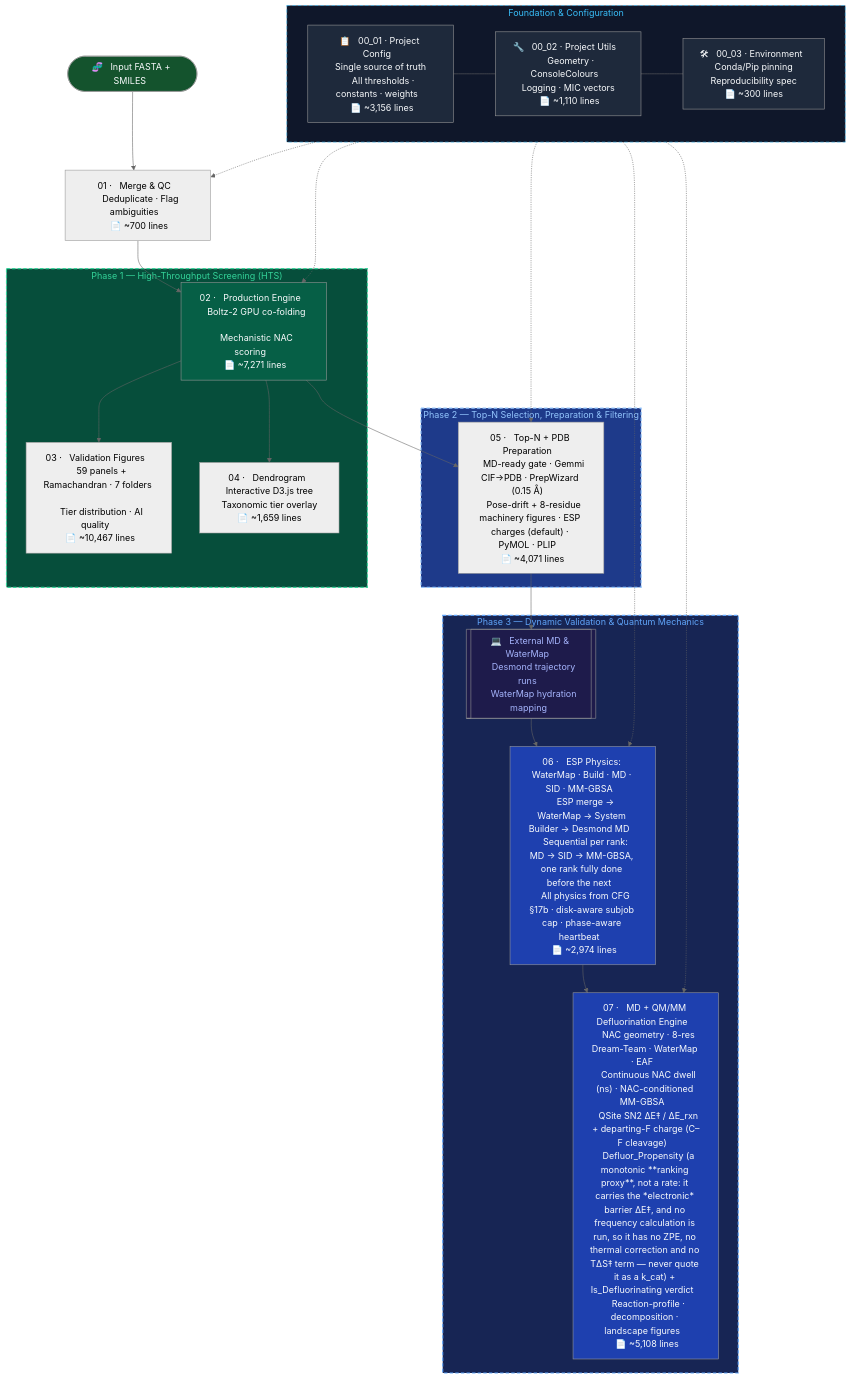
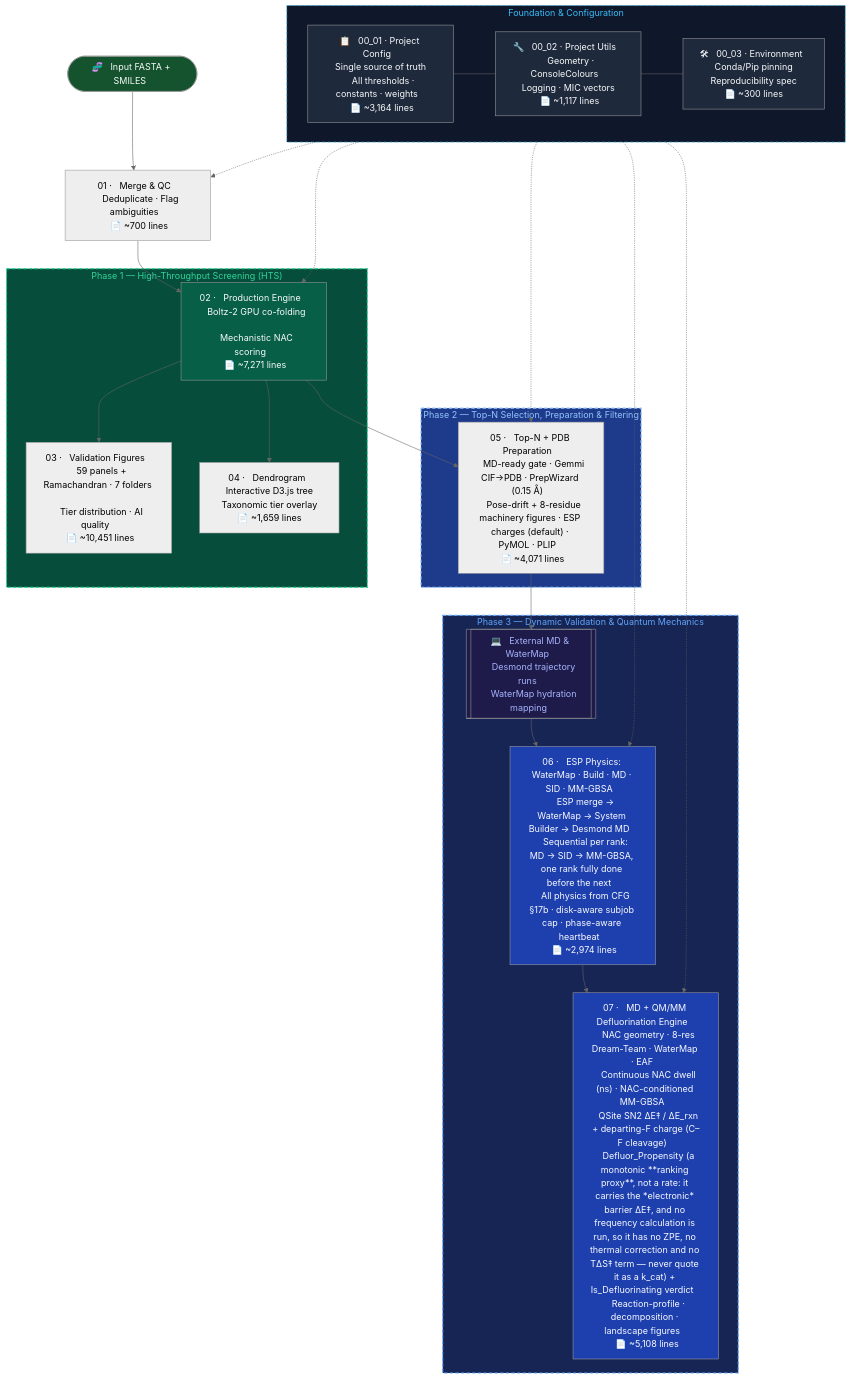
One commit to KU-MGB/DeFluorX changed the diagram in README.md. Above: the diagram before and after it, drawn with Mermaid (neutral theme).

Commit message:
docs: refresh Mermaid LOC after the legend-SSOT strip (00_01 3,164 · 00_02 1,117 · 03 10,451)

````diff
--- a/README.md
+++ b/README.md
@@ -190,56 +190,56 @@
 ```mermaid
 flowchart TD
     subgraph FOUNDATION["  Foundation & Configuration  "]
-        CFG["📋 &nbsp; 00_01 · Project Config &nbsp; \n &nbsp; Single source of truth &nbsp; \n &nbsp; All thresholds · constants · weights &nbsp; \n &nbsp; 📄 ~3,156 lines &nbsp; "]
-        UTL["🔧 &nbsp; 00_02 · Project Utils &nbsp; \n &nbsp; Geometry · ConsoleColours &nbsp; \n &nbsp; Logging · MIC vectors &nbsp; \n &nbsp; 📄 ~1,110 lines &nbsp; "]
+        CFG["📋 &nbsp; 00_01 · Project Config &nbsp; \n &nbsp; Single source of truth &nbsp; \n &nbsp; All thresholds · constants · weights &nbsp; \n &nbsp; 📄 ~3,164 lines &nbsp; "]
+        UTL["🔧 &nbsp; 00_02 · Project Utils &nbsp; \n &nbsp; Geometry · ConsoleColours &nbsp; \n &nbsp; Logging · MIC vectors &nbsp; \n &nbsp; 📄 ~1,117 lines &nbsp; "]
         ENV["🛠 &nbsp; 00_03 · Environment &nbsp; \n &nbsp; Conda/Pip pinning &nbsp; \n &nbsp; Reproducibility spec &nbsp; \n &nbsp; 📄 ~300 lines &nbsp; "]
         CFG --- UTL --- ENV
     end
 
     START(["🧬 &nbsp; Input FASTA + SMILES &nbsp;"]) --> M1
     M1["01 · &nbsp; Merge & QC &nbsp; \n &nbsp; Deduplicate · Flag ambiguities &nbsp; \n &nbsp; 📄 ~700 lines &nbsp; "] --> M2
 
     subgraph PHASE1["  Phase 1 — High-Throughput Screening (HTS)  "]
         M2["02 · &nbsp; Production Engine &nbsp; \n &nbsp; Boltz-2 GPU co-folding &nbsp; \n &nbsp; Mechanistic NAC scoring &nbsp; \n &nbsp; 📄 ~7,271 lines &nbsp; "]
-        M3["03 · &nbsp; Validation Figures &nbsp; \n &nbsp; 59 panels + Ramachandran · 7 folders &nbsp; \n &nbsp; Tier distribution · AI quality &nbsp; \n &nbsp; 📄 ~10,467 lines &nbsp; "]
+        M3["03 · &nbsp; Validation Figures &nbsp; \n &nbsp; 59 panels + Ramachandran · 7 folders &nbsp; \n &nbsp; Tier distribution · AI quality &nbsp; \n &nbsp; 📄 ~10,451 lines &nbsp; "]
         M4["04 · &nbsp; Dendrogram &nbsp; \n &nbsp; Interactive D3.js tree &nbsp; \n &nbsp; Taxonomic tier overlay &nbsp; \n &nbsp; 📄 ~1,659 lines &nbsp; "]
         M2 --> M3
         M2 --> M4
     end
 
     M2 --> M5
 
     subgraph PHASE2["  Phase 2 — Top-N Selection, Preparation & Filtering  "]
         M5["05 · &nbsp; Top-N + PDB Preparation &nbsp; \n &nbsp; MD-ready gate · Gemmi CIF→PDB · PrepWizard (0.15 Å) &nbsp; \n &nbsp; Pose-drift + 8-residue machinery figures · ESP charges (default) · PyMOL · PLIP &nbsp; \n &nbsp; 📄 ~4,071 lines &nbsp; "]
     end
 
     M5 --> EXT_MD
 
     subgraph PHASE3["  Phase 3 — Dynamic Validation & Quantum Mechanics  "]
         EXT_MD[["💻 &nbsp; External MD & WaterMap &nbsp; \n &nbsp; Desmond trajectory runs &nbsp; \n &nbsp; WaterMap hydration mapping &nbsp;"]]
         M6["06 · &nbsp; ESP Physics: WaterMap · Build · MD · SID · MM-GBSA &nbsp; \n &nbsp; ESP merge → WaterMap → System Builder → Desmond MD &nbsp; \n &nbsp; Sequential per rank: MD → SID → MM-GBSA, one rank fully done before the next &nbsp; \n &nbsp; All physics from CFG §17b · disk-aware subjob cap · phase-aware heartbeat &nbsp; \n &nbsp; 📄 ~2,974 lines &nbsp; "]
         M7["07 · &nbsp; MD + QM/MM Defluorination Engine &nbsp; \n &nbsp; NAC geometry · 8-res Dream-Team · WaterMap · EAF &nbsp; \n &nbsp; Continuous NAC dwell (ns) · NAC-conditioned MM-GBSA &nbsp; \n &nbsp; QSite SN2 ΔE‡ / ΔE_rxn + departing-F charge (C–F cleavage) &nbsp; \n &nbsp; Defluor_Propensity (a monotonic **ranking proxy**, not a rate: it carries the *electronic* barrier ΔE‡, and no frequency calculation is run, so it has no ZPE, no thermal correction and no TΔS‡ term — never quote it as a k_cat) + Is_Defluorinating verdict &nbsp; \n &nbsp; Reaction-profile · decomposition · landscape figures &nbsp; \n &nbsp; 📄 ~5,108 lines &nbsp; "]
         EXT_MD --> M6 --> M7
     end
 
     %% Dependencies
     FOUNDATION -.-> M1
     FOUNDATION -.-> M2
     FOUNDATION -.-> M5
     FOUNDATION -.-> M6
     FOUNDATION -.-> M7
 
     style FOUNDATION fill:#0f172a,color:#38bdf8,stroke:#38bdf8
     style CFG fill:#1e293b,color:#f8fafc
     style UTL fill:#1e293b,color:#f8fafc
     style ENV fill:#1e293b,color:#f8fafc
     style PHASE1 fill:#064e3b,color:#34d399,stroke:#34d399,stroke-width:2px,stroke-dasharray: 6 4
     style PHASE2 fill:#1e3a8a,color:#93c5fd,stroke:#93c5fd,stroke-width:2px,stroke-dasharray: 6 4
     style PHASE3 fill:#172554,color:#60a5fa,stroke:#60a5fa,stroke-width:2px,stroke-dasharray: 6 4
     style FOUNDATION stroke-dasharray: 6 4
     style M2 fill:#065f46,color:#f8fafc
     style M6 fill:#1e40af,color:#f8fafc
     style M7 fill:#1e40af,color:#f8fafc
     style START fill:#14532d,color:#f8fafc
     style EXT_MD fill:#1e1b4b,color:#a5b4fc
 ```
````
